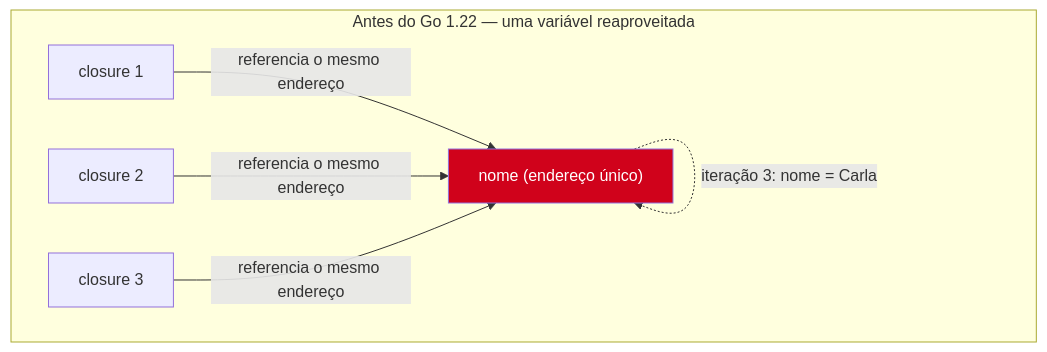
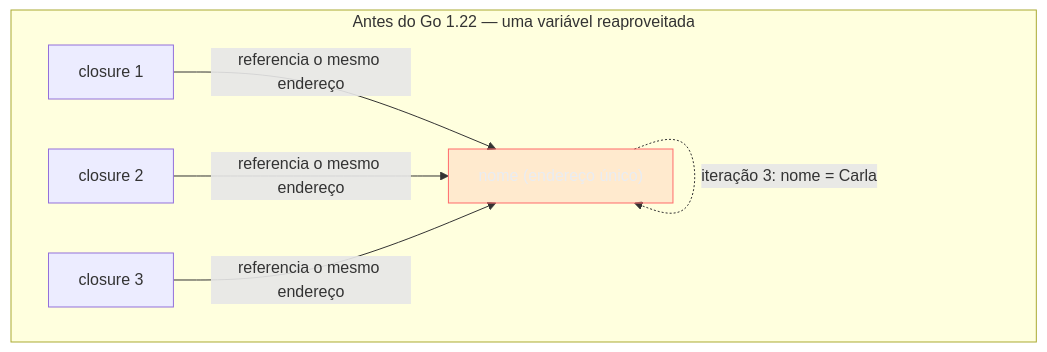
Before and after one commit to josenaldo/codex-technomanticus: the second of 3 diagrams in 03-Dominios/Tecnologia/Go/07 - Goroutines e o scheduler/07 - Armadilhas — leaks e loop var.md, drawn with Mermaid. The commit also changed other lines of this file and 1181 other files, not shown here.

First line of the commit message:
fix(diagramas): paleta do sistema no lugar de cor cravada no markdown

````diff
--- a/03-Dominios/Tecnologia/Go/07 - Goroutines e o scheduler/07 - Armadilhas — leaks e loop var.md
+++ b/03-Dominios/Tecnologia/Go/07 - Goroutines e o scheduler/07 - Armadilhas — leaks e loop var.md
@@ -127,15 +127,16 @@
 ```mermaid
 flowchart TB
+    classDef falha fill:#FF6B6B24,stroke:#FF6B6B,color:#E9ECF2
     subgraph PRE["Antes do Go 1.22 — uma variável reaproveitada"]
         direction LR
         V["nome (endereço único)"]
         V -.->|"iteração 1: nome = Ana"| V
         V -.->|"iteração 2: nome = Bruno"| V
         V -.->|"iteração 3: nome = Carla"| V
         G1a["closure 1"] -->|"referencia o mesmo endereço"| V
         G2a["closure 2"] -->|"referencia o mesmo endereço"| V
         G3a["closure 3"] -->|"referencia o mesmo endereço"| V
     end
 
-    style V fill:#D0021B,color:#fff
+    class V falha
 ```
````
